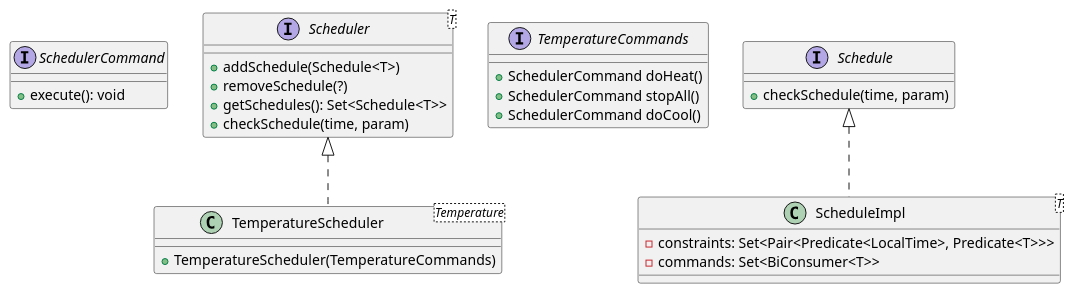
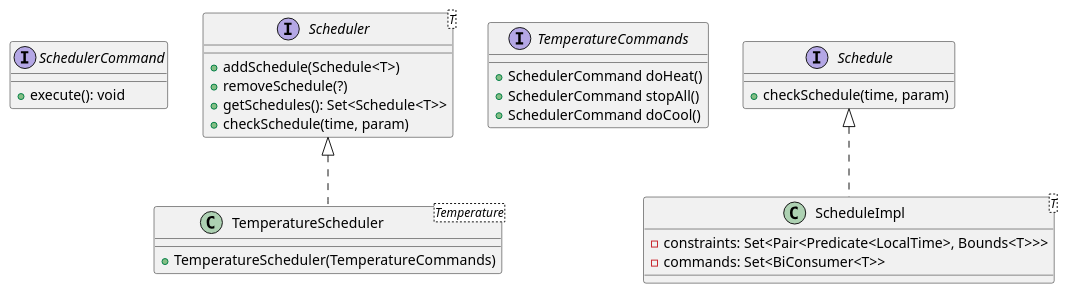
One commit to progetto-oop-22-23/OOP-report changed the diagram in uml/magnani/scheduler.plantuml. Above: the diagram before and after it, drawn with PlantUML.

Commit message:
[uml] update scheduler

```diff
--- a/uml/magnani/scheduler.plantuml
+++ b/uml/magnani/scheduler.plantuml
@@ -1,35 +1,35 @@
 @startuml
 
 interface SchedulerCommand {
 	+ execute(): void
 }
 
 interface Scheduler<T> {
 	+ addSchedule(Schedule<T>)
 	+ removeSchedule(?)
 	+ getSchedules(): Set<Schedule<T>>
 	+ checkSchedule(time, param)
 }
 
 interface TemperatureCommands {
 	+ SchedulerCommand doHeat()
 	+ SchedulerCommand stopAll()
 	+ SchedulerCommand doCool()
 }
 
 class TemperatureScheduler<Temperature> implements Scheduler {
 	+ TemperatureScheduler(TemperatureCommands)
 }
 
 interface Schedule {
 	+ checkSchedule(time, param)
 }
 
 class ScheduleImpl<T> implements Schedule {
 	' // - timeConstraints: Set<Predicate<LocalTime>>
 	' // - paramConstraints: Set<Predicate<T>>
-	- constraints: Set<Pair<Predicate<LocalTime>, Predicate<T>>>
+	- constraints: Set<Pair<Predicate<LocalTime>, Bounds<T>>>
 	- commands: Set<BiConsumer<T>>
 }
 
 @enduml
```
